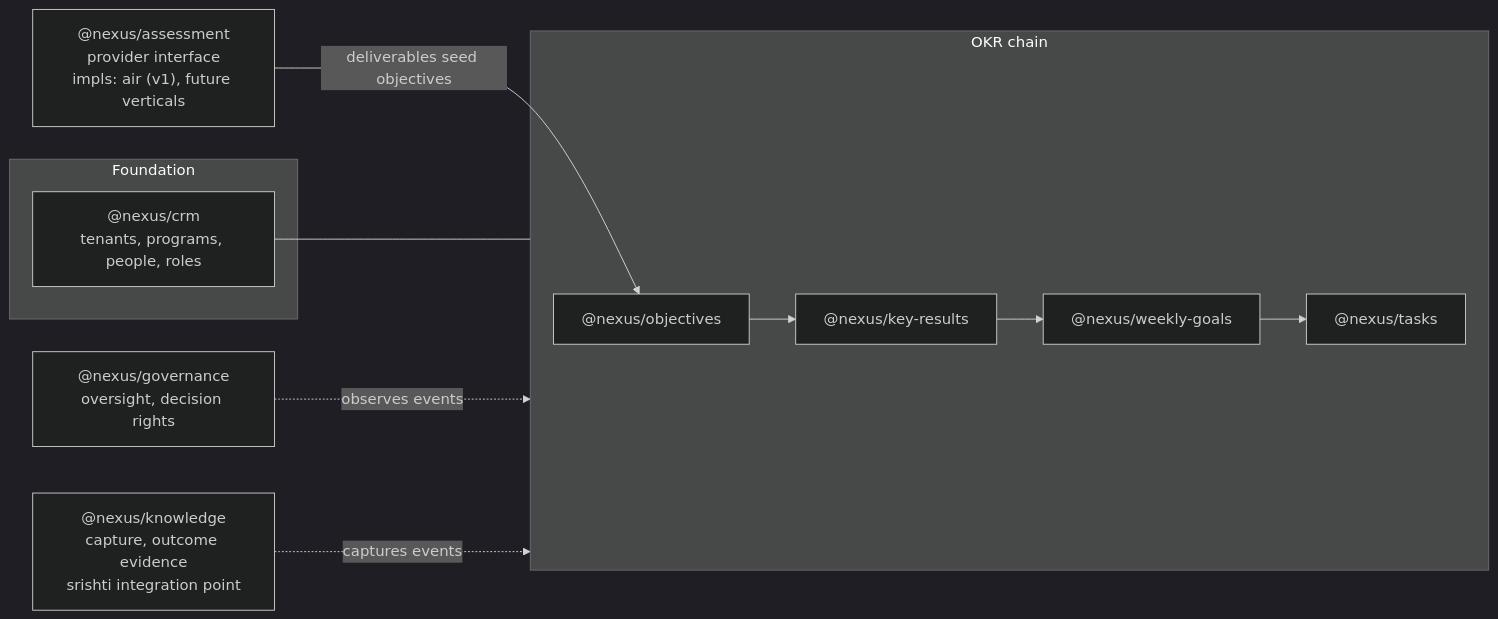
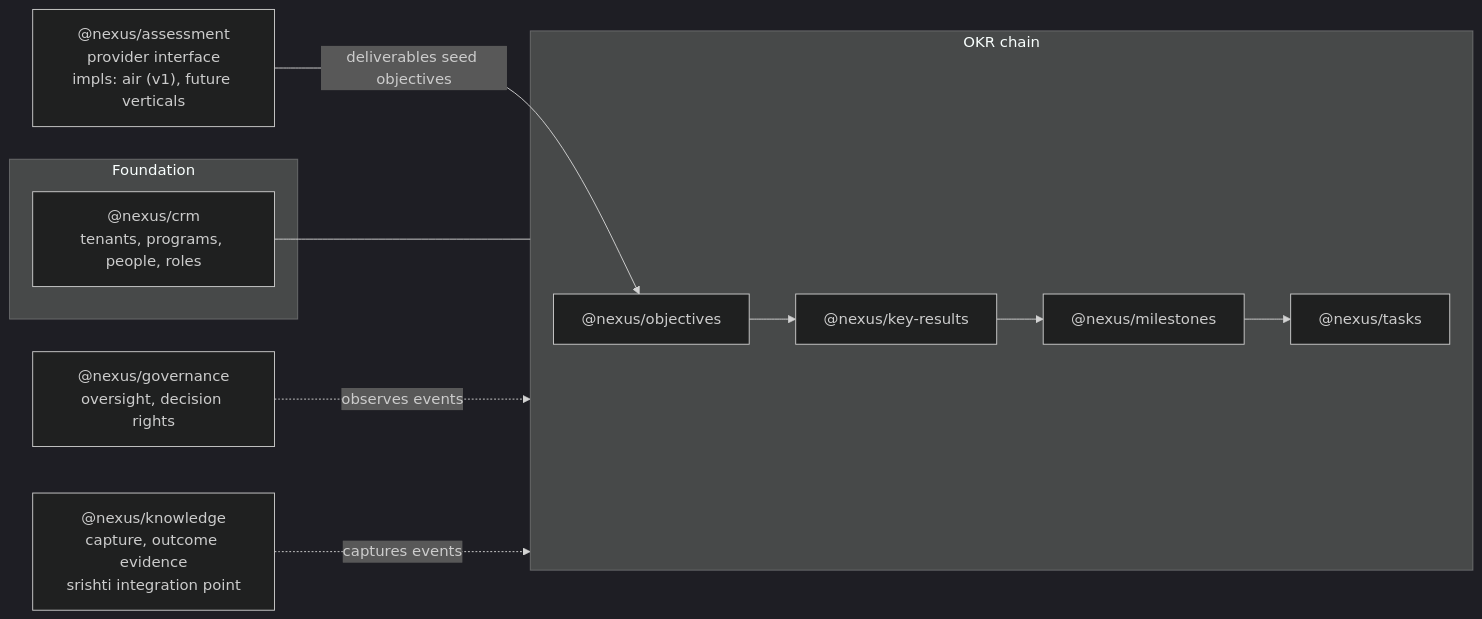
The diagram in NEXUS_STRATEGY/2-TECHNICAL/TECH_STRATEGY.md (bramhilabs-us/nexus), drawn with Mermaid (dark theme) before and after one commit. The commit also changed other lines of this file and 17 other files, not shown here.

````diff
--- a/NEXUS_STRATEGY/2-TECHNICAL/TECH_STRATEGY.md
+++ b/NEXUS_STRATEGY/2-TECHNICAL/TECH_STRATEGY.md
@@ -117,17 +120,17 @@
 ```mermaid
 graph LR
     subgraph Foundation
         CRM["@nexus/crm<br/>tenants, programs, people, roles"]
     end
     subgraph OKR["OKR chain"]
-        OBJ["@nexus/objectives"] --> KR["@nexus/key-results"] --> WG["@nexus/weekly-goals"] --> TSK["@nexus/tasks"]
+        OBJ["@nexus/objectives"] --> KR["@nexus/key-results"] --> MS["@nexus/milestones"] --> TSK["@nexus/tasks"]
     end
     ASMT["@nexus/assessment<br/>provider interface<br/>impls: air (v1), future verticals"]
     GOV["@nexus/governance<br/>oversight, decision rights"]
     KNOW["@nexus/knowledge<br/>capture, outcome evidence<br/>srishti integration point"]
 
     ASMT -->|"deliverables seed objectives"| OBJ
     CRM --- OKR
     GOV -.->|observes events| OKR
     KNOW -.->|captures events| OKR
 ```
````
